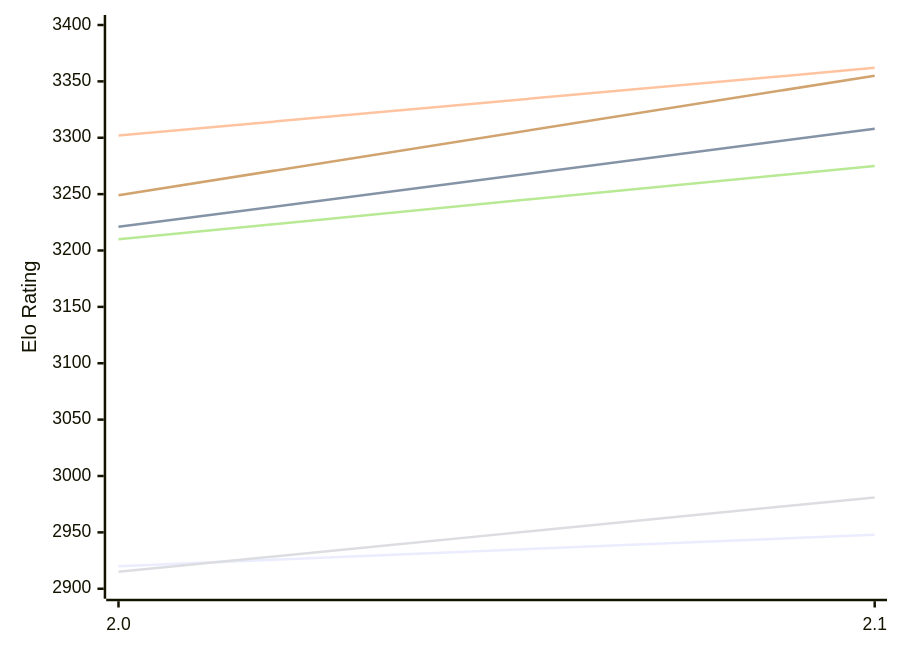
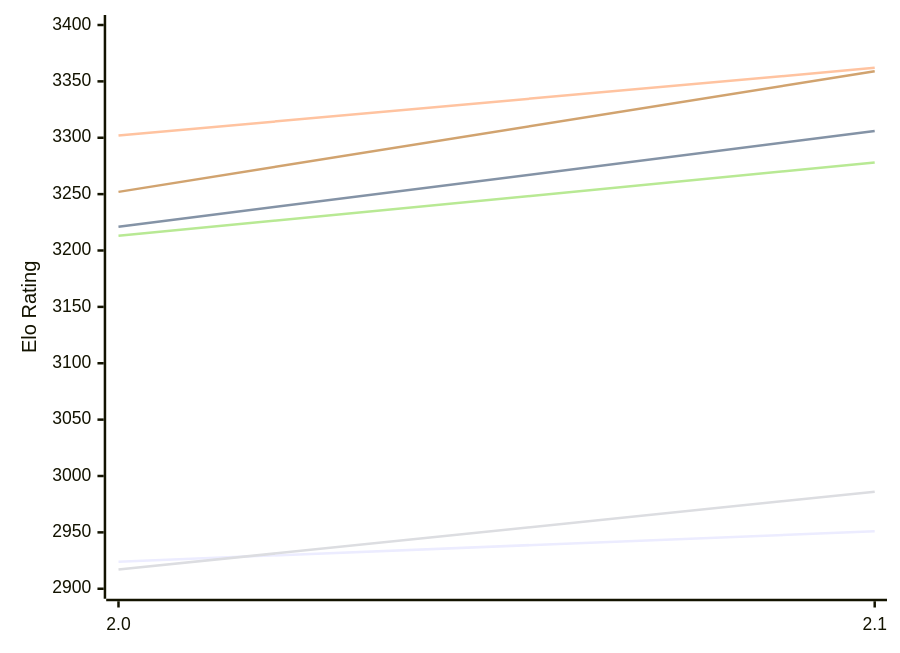
Before and after one commit to computer-chess-index/cci: the first of 2 diagrams in engines/Onslaught.md, drawn with Mermaid. The commit also changed other lines of this file, not shown here.

Commit message:
Update CCI Ratings (ELO VLTC) - 2026-11-24

````diff
--- a/engines/Onslaught.md
+++ b/engines/Onslaught.md
@@ -50,12 +50,12 @@
 ```mermaid
 %%{init: {"theme":"base","themeVariables":{"seriesColors:['#a3a3a3','#222221','#faa371']}}}%%
 xychart-beta
   x-axis ["2.0", "2.1"]
   y-axis "Elo Rating" 2900 --> 3400
-  line "E1: STC (8.0+0.08s)" [2920, 2948]
-  line "E1: LTC (60.0+0.60s)" [3221, 3308]
+  line "E1: STC (8.0+0.08s)" [2924, 2951]
+  line "E1: LTC (60.0+0.60s)" [3221, 3306]
   line "E1: VLTC (2m24s+1.12s)" [3302, 3362]
-  line "P1: STC (8.0+0.08s)" [2915, 2981]
-  line "P1: LTC (60.0+0.60s)" [3210, 3275]
-  line "P1: VLTC (2m24s+1.12s)" [3249, 3355]
+  line "P1: STC (8.0+0.08s)" [2917, 2986]
+  line "P1: LTC (60.0+0.60s)" [3213, 3278]
+  line "P1: VLTC (2m24s+1.12s)" [3252, 3359]
 ```
````
